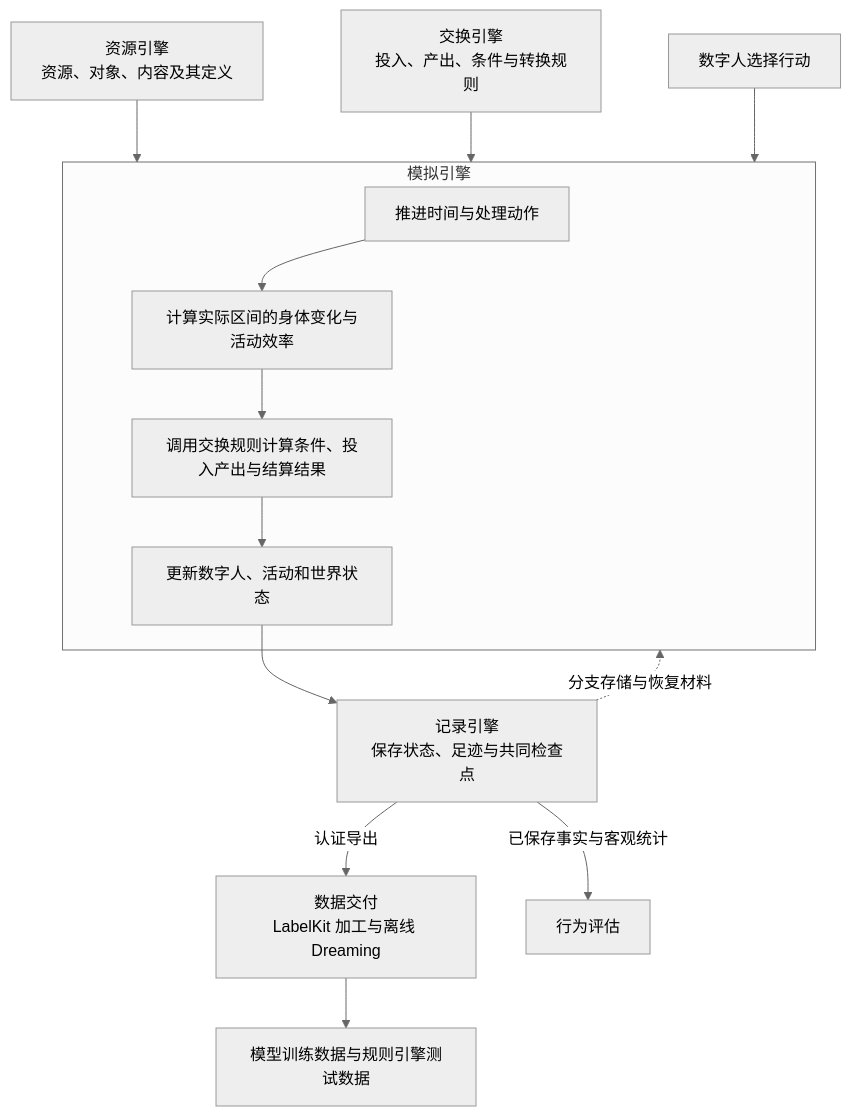
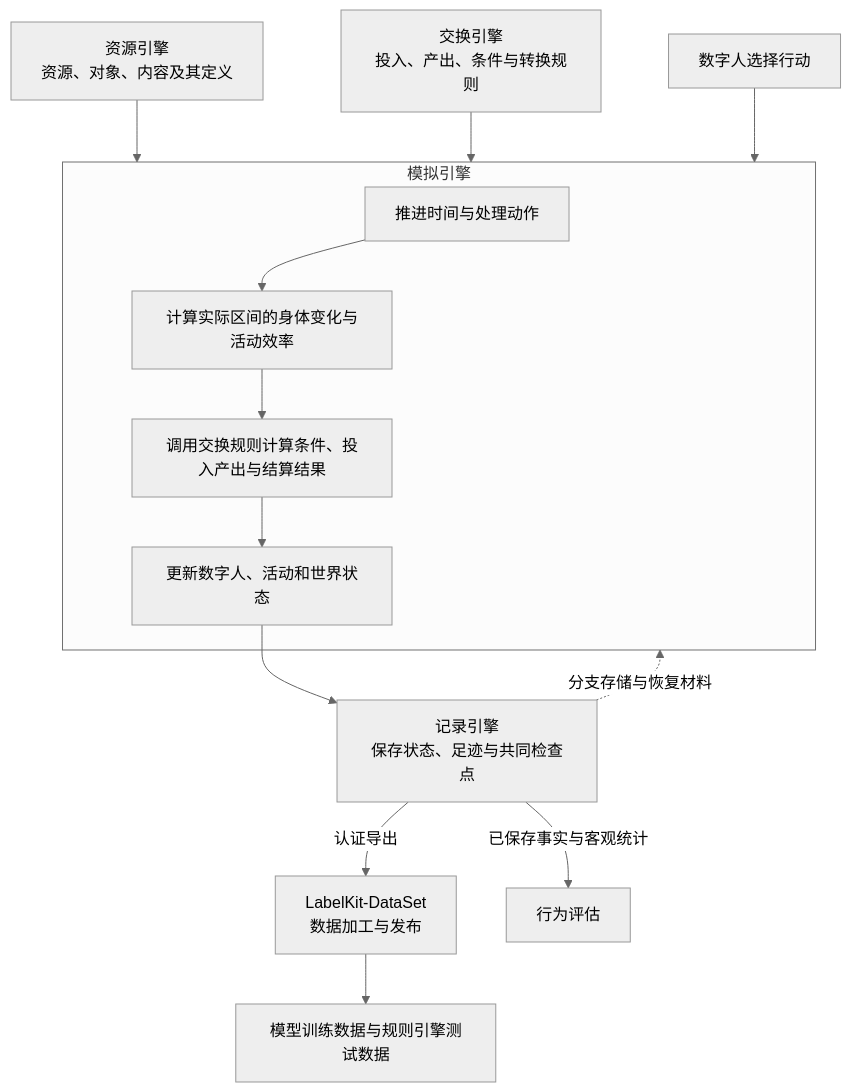
One commit to HoldThatThgt/WorldMock changed the first of 9 diagrams in docs/design/01-architecture.md. Above: the diagram before and after it, drawn with Mermaid (neutral theme). The commit also changed other lines of this file and 183 other files, not shown here.

````diff
--- a/docs/design/01-architecture.md
+++ b/docs/design/01-architecture.md
@@ -88,16 +88,16 @@
 ```mermaid
 flowchart TB
     R[资源引擎<br/>资源、对象、内容及其定义] --> S
     X[交换引擎<br/>投入、产出、条件与转换规则] --> S
     A[数字人选择行动] --> S
     subgraph S[模拟引擎]
         T[推进时间与处理动作] --> B[计算实际区间的身体变化与活动效率]
         B --> C[调用交换规则计算条件、投入产出与结算结果]
         C --> W[更新数字人、活动和世界状态]
     end
     W --> F[记录引擎<br/>保存状态、足迹与共同检查点]
-    F -->|认证导出| D[数据交付<br/>LabelKit 加工与离线 Dreaming]
+    F -->|认证导出| D[LabelKit-DataSet<br/>数据加工与发布]
     F -->|已保存事实与客观统计| E[行为评估]
     F -.->|分支存储与恢复材料| S
     D --> O[模型训练数据与规则引擎测试数据]
 ```
````
